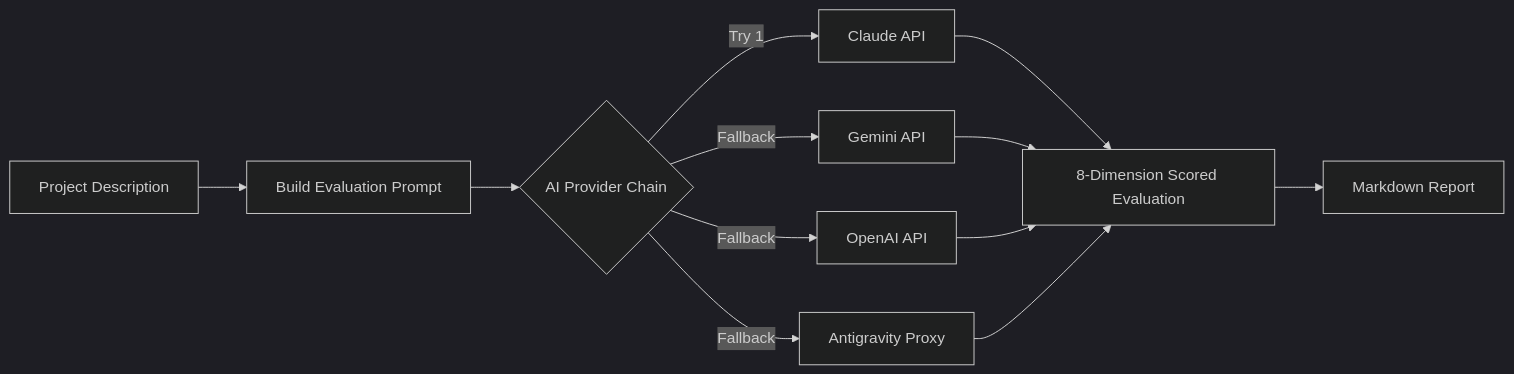
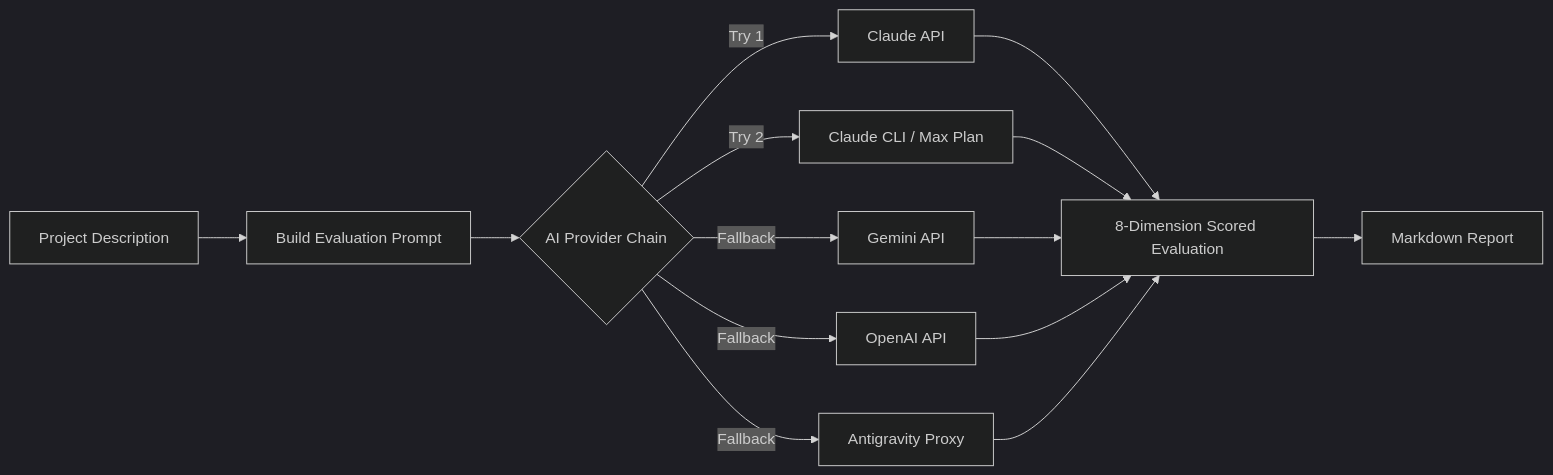
One commit to yeheskieltame/Tessera changed the third of 4 diagrams in README.md. Above: the diagram before and after it, drawn with Mermaid (dark theme). The commit also changed other lines of this file and 3 other files, not shown here.

First line of the commit message:
Add Claude CLI provider for Max plan users

````diff
--- a/README.md
+++ b/README.md
@@ -74,14 +74,16 @@
 ```mermaid
 flowchart LR
     A[Project Description] --> B[Build Evaluation Prompt]
     B --> C{AI Provider Chain}
     C -->|Try 1| D[Claude API]
+    C -->|Try 2| D2[Claude CLI / Max Plan]
     C -->|Fallback| E[Gemini API]
     C -->|Fallback| F[OpenAI API]
     C -->|Fallback| G[Antigravity Proxy]
     D --> H[8-Dimension Scored Evaluation]
+    D2 --> H
     E --> H
     F --> H
     G --> H
     H --> I[Markdown Report]
 ```
````
